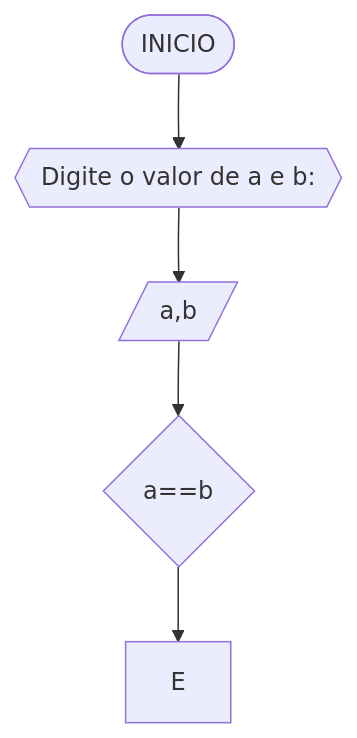
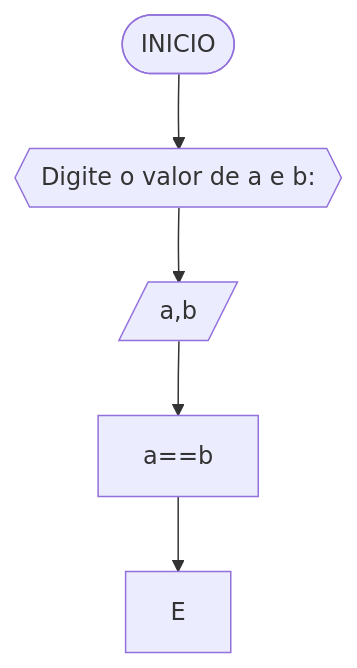
One commit to sdiogenes/unifor changed the first of 7 diagrams in rra/Unidade1/AD1.md. Above: the diagram before and after it, drawn with Mermaid.

````diff
--- a/rra/Unidade1/AD1.md
+++ b/rra/Unidade1/AD1.md
@@ -45,7 +45,7 @@
 ```mermaid
 flowchart TD
 A([INICIO]) --> B{{"Digite o valor de a e b: "}}
 B --> C[/a,b/]
-C --> D{a==b}
+C --> D[a==b]
 D --> E
 ```
````
